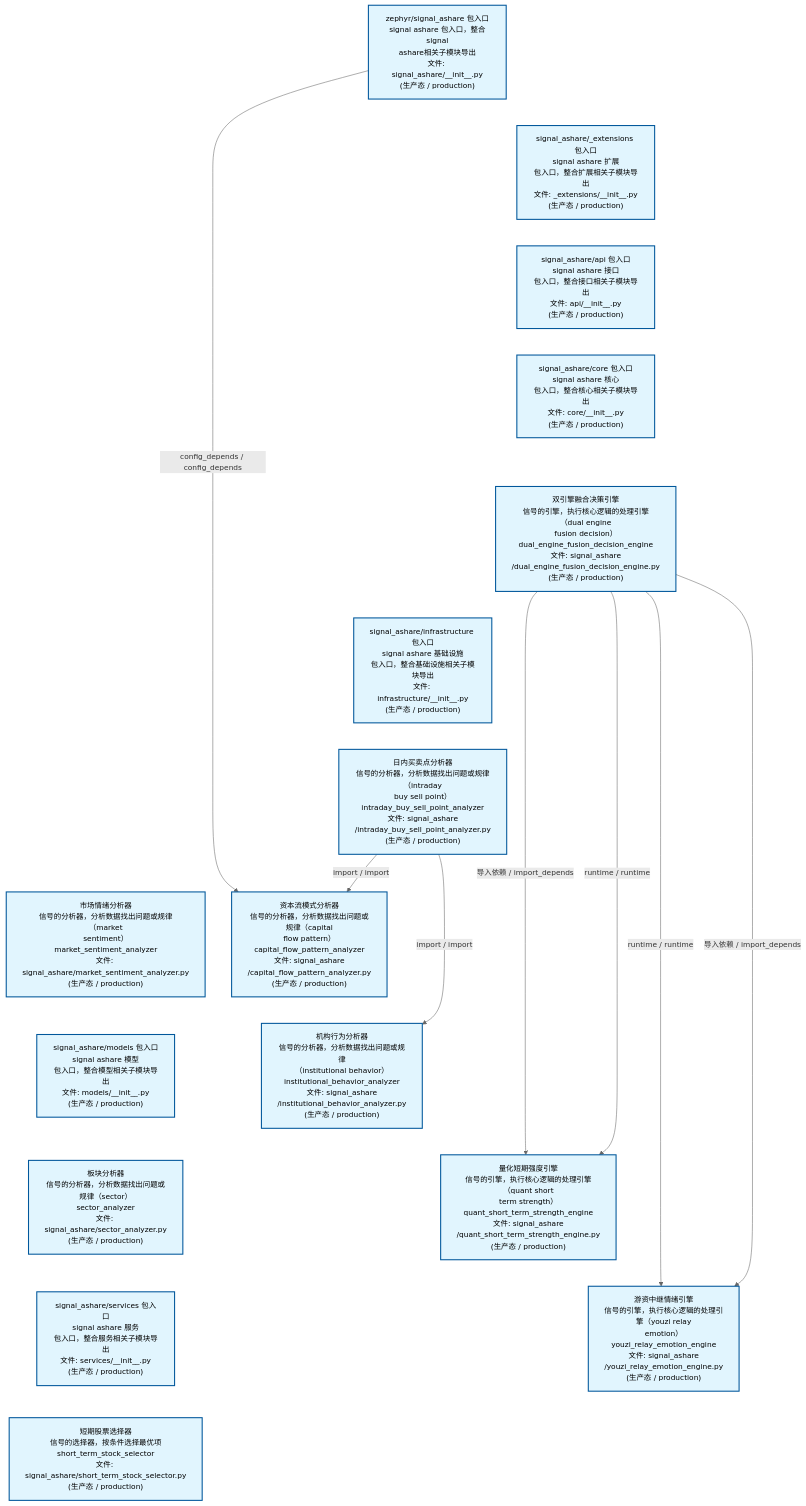
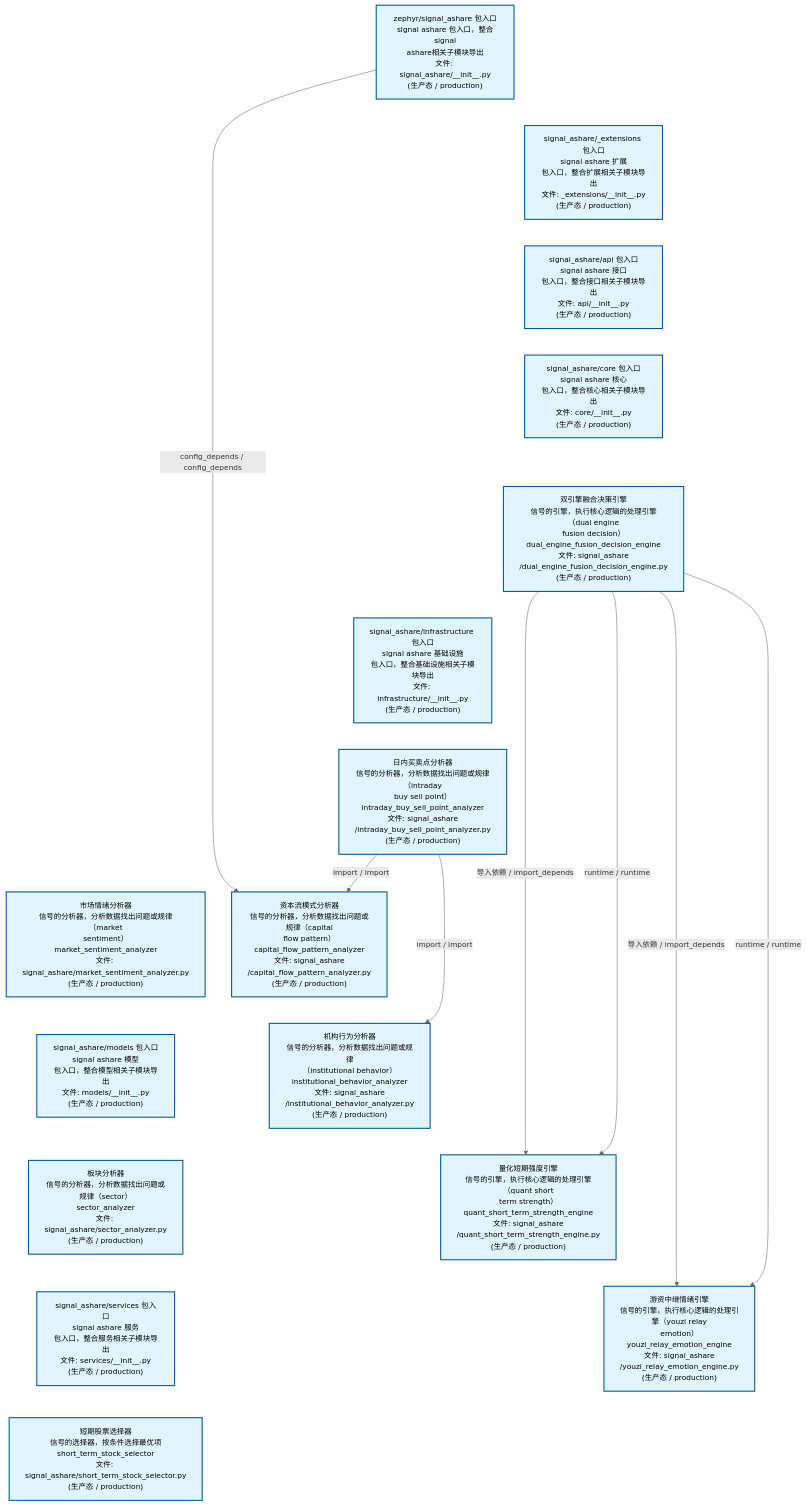
The second of 4 diagrams in docs/02_enterprise_architecture/02_domain_architecture_docs/32_d_ashare_signal.md (xuanFelixVan/ZephyrAlpha), drawn with Mermaid before and after one commit. The commit also changed other lines of this file and 11 other files, not shown here.

````diff
--- a/docs/02_enterprise_architecture/02_domain_architecture_docs/32_d_ashare_signal.md
+++ b/docs/02_enterprise_architecture/02_domain_architecture_docs/32_d_ashare_signal.md
@@ -112,46 +112,46 @@
 ```mermaid
 %%{init: {'theme': 'base', 'themeVariables': {'primaryColor': '#eaeaea', 'primaryTextColor': '#333333', 'primaryBorderColor': '#666666', 'lineColor': '#666666', 'secondaryColor': '#eaeaea', 'tertiaryColor': '#eaeaea', 'fontSize': '14px'}}}%%
 flowchart TD
     src_zephyr_signal_ashare_init_py["zephyr/signal_ashare 包入口<br/>signal ashare 包入口，整合signal<br/>ashare相关子模块导出<br/>文件: signal_ashare/__init__.py<br/>(生产态 / production)"]
     src_zephyr_signal_ashare_extensions_init_py["signal_ashare/_extensions 包入口<br/>signal ashare 扩展<br/>包入口，整合扩展相关子模块导出<br/>文件: _extensions/__init__.py<br/>(生产态 / production)"]
     src_zephyr_signal_ashare_api_init_py["signal_ashare/api 包入口<br/>signal ashare 接口<br/>包入口，整合接口相关子模块导出<br/>文件: api/__init__.py<br/>(生产态 / production)"]
     src_zephyr_signal_ashare_core_init_py["signal_ashare/core 包入口<br/>signal ashare 核心<br/>包入口，整合核心相关子模块导出<br/>文件: core/__init__.py<br/>(生产态 / production)"]
     src_zephyr_signal_ashare_dual_engine_fusion_decision_engine_py["双引擎融合决策引擎<br/>信号的引擎，执行核心逻辑的处理引擎（dual engine<br/>fusion decision）<br/>dual_engine_fusion_decision_engine<br/>文件: signal_ashare<br/>/dual_engine_fusion_decision_engine.py<br/>(生产态 / production)"]
     src_zephyr_signal_ashare_infrastructure_init_py["signal_ashare/infrastructure 包入口<br/>signal ashare 基础设施<br/>包入口，整合基础设施相关子模块导出<br/>文件: infrastructure/__init__.py<br/>(生产态 / production)"]
     src_zephyr_signal_ashare_intraday_buy_sell_point_analyzer_py["日内买卖点分析器<br/>信号的分析器，分析数据找出问题或规律（intraday<br/>buy sell point）<br/>intraday_buy_sell_point_analyzer<br/>文件: signal_ashare<br/>/intraday_buy_sell_point_analyzer.py<br/>(生产态 / production)"]
     src_zephyr_signal_ashare_market_sentiment_analyzer_py["市场情绪分析器<br/>信号的分析器，分析数据找出问题或规律（market<br/>sentiment）<br/>market_sentiment_analyzer<br/>文件: signal_ashare/market_sentiment_analyzer.py<br/>(生产态 / production)"]
     src_zephyr_signal_ashare_models_init_py["signal_ashare/models 包入口<br/>signal ashare 模型<br/>包入口，整合模型相关子模块导出<br/>文件: models/__init__.py<br/>(生产态 / production)"]
     src_zephyr_signal_ashare_sector_analyzer_py["板块分析器<br/>信号的分析器，分析数据找出问题或规律（sector）<br/>sector_analyzer<br/>文件: signal_ashare/sector_analyzer.py<br/>(生产态 / production)"]
     src_zephyr_signal_ashare_services_init_py["signal_ashare/services 包入口<br/>signal ashare 服务<br/>包入口，整合服务相关子模块导出<br/>文件: services/__init__.py<br/>(生产态 / production)"]
     src_zephyr_signal_ashare_short_term_stock_selector_py["短期股票选择器<br/>信号的选择器，按条件选择最优项<br/>short_term_stock_selector<br/>文件: signal_ashare/short_term_stock_selector.py<br/>(生产态 / production)"]
     src_zephyr_signal_ashare_init_py ~~~ src_zephyr_signal_ashare_extensions_init_py
     src_zephyr_signal_ashare_extensions_init_py ~~~ src_zephyr_signal_ashare_api_init_py
     src_zephyr_signal_ashare_api_init_py ~~~ src_zephyr_signal_ashare_core_init_py
     src_zephyr_signal_ashare_core_init_py ~~~ src_zephyr_signal_ashare_dual_engine_fusion_decision_engine_py
     src_zephyr_signal_ashare_dual_engine_fusion_decision_engine_py ~~~ src_zephyr_signal_ashare_infrastructure_init_py
     src_zephyr_signal_ashare_infrastructure_init_py ~~~ src_zephyr_signal_ashare_intraday_buy_sell_point_analyzer_py
     src_zephyr_signal_ashare_intraday_buy_sell_point_analyzer_py ~~~ src_zephyr_signal_ashare_market_sentiment_analyzer_py
     src_zephyr_signal_ashare_market_sentiment_analyzer_py ~~~ src_zephyr_signal_ashare_models_init_py
     src_zephyr_signal_ashare_models_init_py ~~~ src_zephyr_signal_ashare_sector_analyzer_py
     src_zephyr_signal_ashare_sector_analyzer_py ~~~ src_zephyr_signal_ashare_services_init_py
     src_zephyr_signal_ashare_services_init_py ~~~ src_zephyr_signal_ashare_short_term_stock_selector_py
     src_zephyr_signal_ashare_capital_flow_pattern_analyzer_py["资本流模式分析器<br/>信号的分析器，分析数据找出问题或规律（capital<br/>flow pattern）<br/>capital_flow_pattern_analyzer<br/>文件: signal_ashare<br/>/capital_flow_pattern_analyzer.py<br/>(生产态 / production)"]
     src_zephyr_signal_ashare_institutional_behavior_analyzer_py["机构行为分析器<br/>信号的分析器，分析数据找出问题或规律<br/>（institutional behavior）<br/>institutional_behavior_analyzer<br/>文件: signal_ashare<br/>/institutional_behavior_analyzer.py<br/>(生产态 / production)"]
     src_zephyr_signal_ashare_quant_short_term_strength_engine_py["量化短期强度引擎<br/>信号的引擎，执行核心逻辑的处理引擎（quant short<br/>term strength）<br/>quant_short_term_strength_engine<br/>文件: signal_ashare<br/>/quant_short_term_strength_engine.py<br/>(生产态 / production)"]
     src_zephyr_signal_ashare_youzi_relay_emotion_engine_py["游资中继情绪引擎<br/>信号的引擎，执行核心逻辑的处理引擎（youzi relay<br/>emotion）<br/>youzi_relay_emotion_engine<br/>文件: signal_ashare<br/>/youzi_relay_emotion_engine.py<br/>(生产态 / production)"]
     src_zephyr_signal_ashare_capital_flow_pattern_analyzer_py ~~~ src_zephyr_signal_ashare_institutional_behavior_analyzer_py
     src_zephyr_signal_ashare_institutional_behavior_analyzer_py ~~~ src_zephyr_signal_ashare_quant_short_term_strength_engine_py
     src_zephyr_signal_ashare_quant_short_term_strength_engine_py ~~~ src_zephyr_signal_ashare_youzi_relay_emotion_engine_py
+    src_zephyr_signal_ashare_dual_engine_fusion_decision_engine_py -->|导入依赖 / import_depends| src_zephyr_signal_ashare_youzi_relay_emotion_engine_py
     src_zephyr_signal_ashare_dual_engine_fusion_decision_engine_py -->|runtime / runtime| src_zephyr_signal_ashare_youzi_relay_emotion_engine_py
-    src_zephyr_signal_ashare_dual_engine_fusion_decision_engine_py -->|导入依赖 / import_depends| src_zephyr_signal_ashare_youzi_relay_emotion_engine_py
     src_zephyr_signal_ashare_dual_engine_fusion_decision_engine_py -->|导入依赖 / import_depends| src_zephyr_signal_ashare_quant_short_term_strength_engine_py
     src_zephyr_signal_ashare_dual_engine_fusion_decision_engine_py -->|runtime / runtime| src_zephyr_signal_ashare_quant_short_term_strength_engine_py
     src_zephyr_signal_ashare_init_py -->|config_depends / config_depends| src_zephyr_signal_ashare_capital_flow_pattern_analyzer_py
     src_zephyr_signal_ashare_intraday_buy_sell_point_analyzer_py -->|import / import| src_zephyr_signal_ashare_capital_flow_pattern_analyzer_py
     src_zephyr_signal_ashare_intraday_buy_sell_point_analyzer_py -->|import / import| src_zephyr_signal_ashare_institutional_behavior_analyzer_py
     classDef production fill:#e1f5fe,stroke:#01579b,stroke-width:2px,color:#000
     classDef design fill:#fff3e0,stroke:#e65100,stroke-width:2px,color:#000,stroke-dasharray: 5 5
     classDef external_prod fill:#e8f4fd,stroke:#0277bd,stroke-width:1px,color:#000
     classDef external_design fill:#fff8e7,stroke:#ef6c00,stroke-width:1px,color:#000,stroke-dasharray: 5 5
     class src_zephyr_signal_ashare_init_py,src_zephyr_signal_ashare_extensions_init_py,src_zephyr_signal_ashare_api_init_py,src_zephyr_signal_ashare_capital_flow_pattern_analyzer_py,src_zephyr_signal_ashare_core_init_py,src_zephyr_signal_ashare_dual_engine_fusion_decision_engine_py,src_zephyr_signal_ashare_infrastructure_init_py,src_zephyr_signal_ashare_institutional_behavior_analyzer_py,src_zephyr_signal_ashare_intraday_buy_sell_point_analyzer_py,src_zephyr_signal_ashare_market_sentiment_analyzer_py,src_zephyr_signal_ashare_models_init_py,src_zephyr_signal_ashare_quant_short_term_strength_engine_py,src_zephyr_signal_ashare_sector_analyzer_py,src_zephyr_signal_ashare_services_init_py,src_zephyr_signal_ashare_short_term_stock_selector_py,src_zephyr_signal_ashare_youzi_relay_emotion_engine_py production
 ```
````
